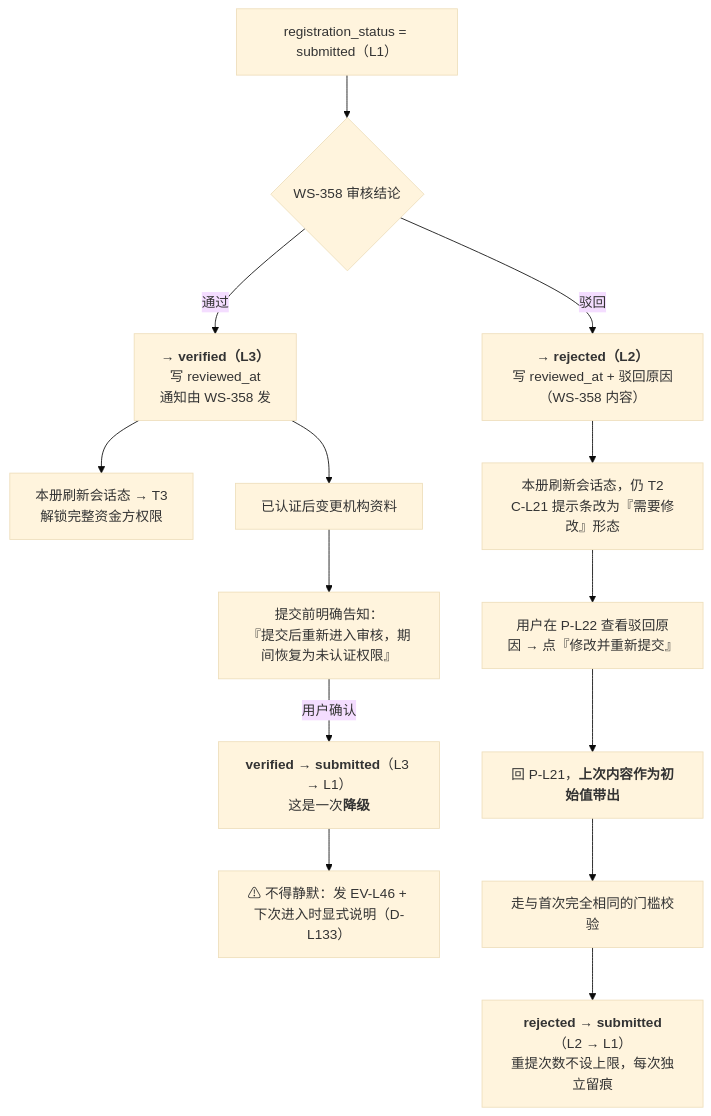
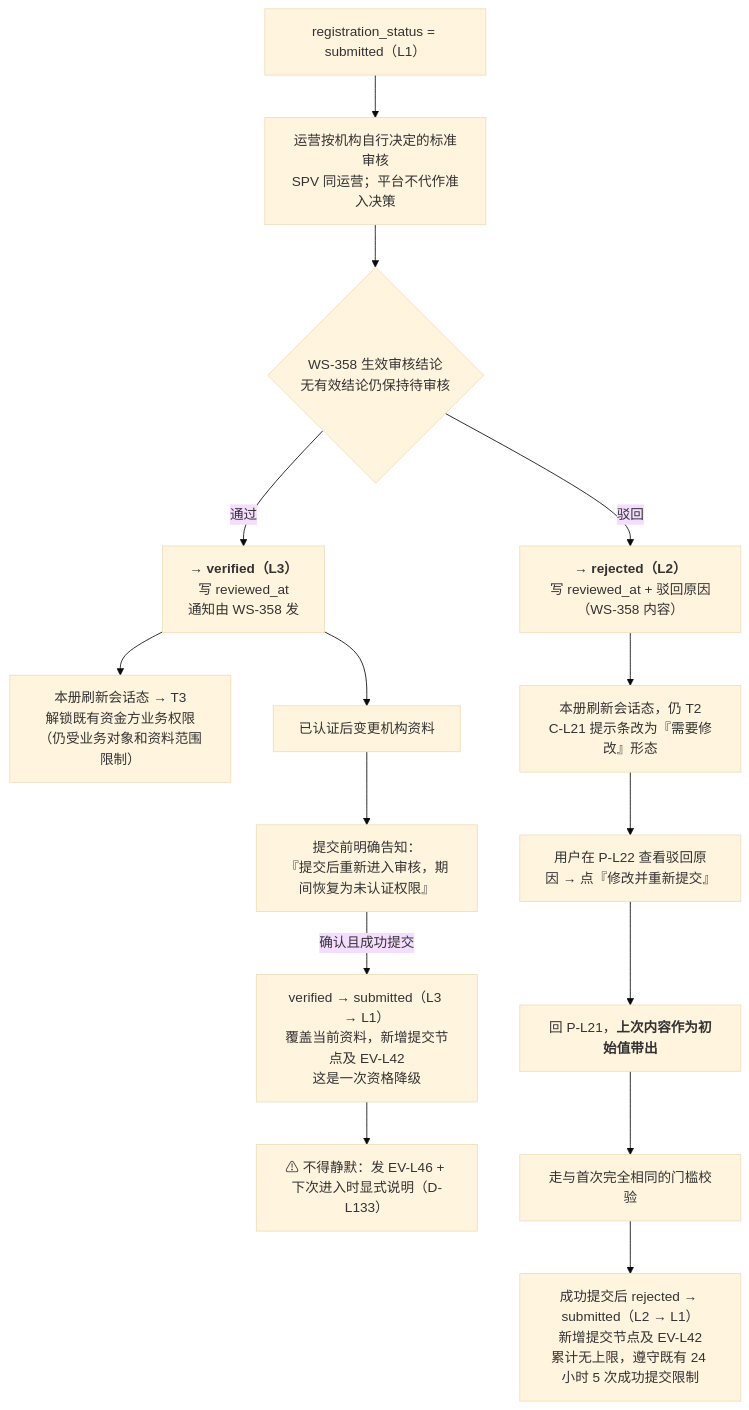
One commit to wxblockchain/Chain-Financing changed the fourth of 10 diagrams in lending-platform/PRD/v2.0-登录与账户体系/07-资金方登录与账户体系-流程图与状态机.md. Above: the diagram before and after it, drawn with Mermaid (base theme). The commit also changed other lines of this file and 4 other files, not shown here.

````diff
--- a/lending-platform/PRD/v2.0-登录与账户体系/07-资金方登录与账户体系-流程图与状态机.md
+++ b/lending-platform/PRD/v2.0-登录与账户体系/07-资金方登录与账户体系-流程图与状态机.md
@@ -160,16 +160,17 @@
 ```mermaid
 flowchart TD
-    A0["registration_status = submitted（L1）"] --> A1{"WS-358 审核结论"}
+    A0["registration_status = submitted（L1）"] --> A0R["运营按机构自行决定的标准审核<br/>SPV 同运营；平台不代作准入决策"]
+    A0R --> A1{"WS-358 生效审核结论<br/>无有效结论仍保持待审核"}
     A1 -->|通过| A2["<b>→ verified（L3）</b><br/>写 reviewed_at<br/>通知由 WS-358 发"]
     A1 -->|驳回| A3["<b>→ rejected（L2）</b><br/>写 reviewed_at + 驳回原因（WS-358 内容）"]
-    A2 --> A4["本册刷新会话态 → T3<br/>解锁完整资金方权限"]
+    A2 --> A4["本册刷新会话态 → T3<br/>解锁既有资金方业务权限（仍受业务对象和资料范围限制）"]
     A3 --> A5["本册刷新会话态，仍 T2<br/>C-L21 提示条改为『需要修改』形态"]
     A5 --> A6["用户在 P-L22 查看驳回原因 → 点『修改并重新提交』"]
     A6 --> A7["回 P-L21，<b>上次内容作为初始值带出</b>"]
     A7 --> A8["走与首次完全相同的门槛校验"]
-    A8 --> A9["<b>rejected → submitted</b>（L2 → L1）<br/>重提次数不设上限，每次独立留痕"]
+    A8 --> A9["成功提交后 rejected → submitted（L2 → L1）<br/>新增提交节点及 EV-L42<br/>累计无上限，遵守既有 24 小时 5 次成功提交限制"]
     A2 --> B1["已认证后变更机构资料"]
     B1 --> B2["提交前明确告知：<br/>『提交后重新进入审核，期间恢复为未认证权限』"]
-    B2 -->|用户确认| B3["<b>verified → submitted</b>（L3 → L1）<br/>这是一次<b>降级</b>"]
+    B2 -->|确认且成功提交| B3["verified → submitted（L3 → L1）<br/>覆盖当前资料，新增提交节点及 EV-L42<br/>这是一次资格降级"]
     B3 --> B4["⚠ 不得静默：发 EV-L46 + 下次进入时显式说明（D-L133）"]
 ```
````
